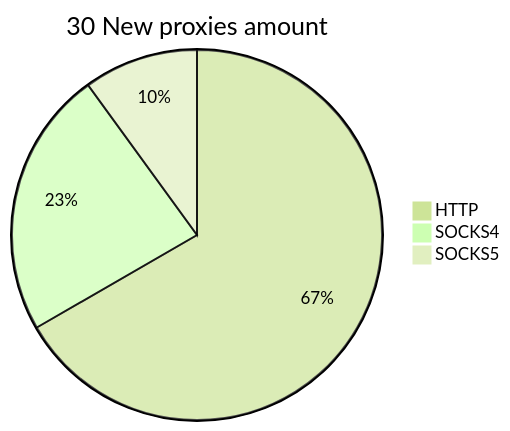
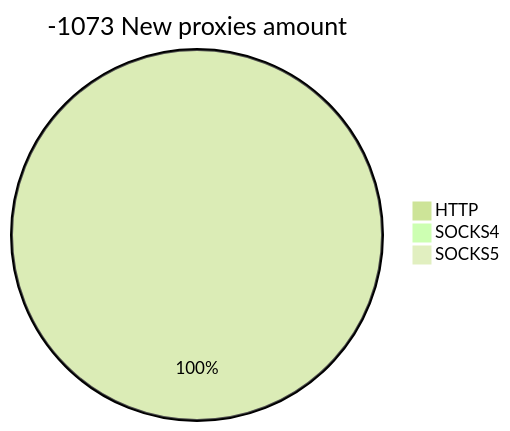
Before and after one commit to cutipu/proxylist: the second of 2 diagrams in README.md, drawn with Mermaid (forest theme). The commit also changed other lines of this file, not shown here.

````diff
--- a/README.md
+++ b/README.md
@@ -10,6 +10,6 @@
 ```mermaid
-pie title 30 New proxies amount
-    "HTTP" : 20
-    "SOCKS4" : 7
-    "SOCKS5" : 3
+pie title -1073 New proxies amount
+    "HTTP" : 45
+    "SOCKS4" : 0
+    "SOCKS5" : 0
 ```
````
